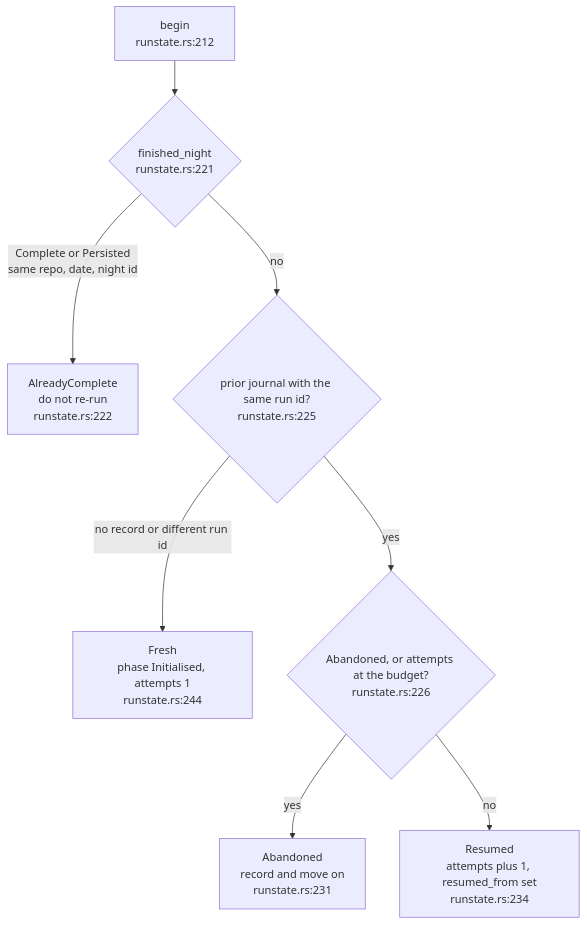
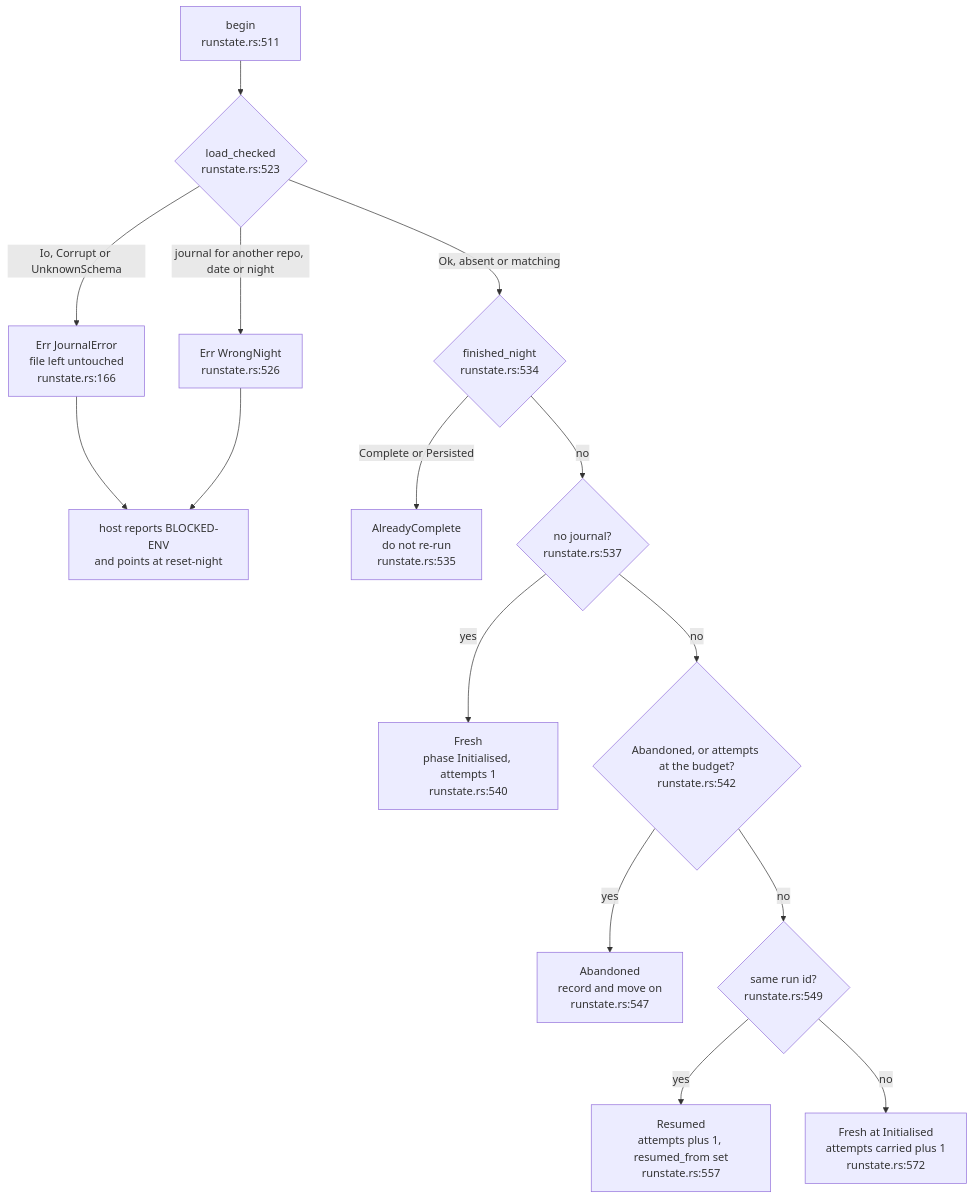
One commit to DreamLab-AI/dream-engine changed the second of 4 diagrams in docs/diagrams/nightly/01-the-nightly-loop-and-run-state.md. Above: the diagram before and after it, drawn with Mermaid. The commit also changed other lines of this file and 12 other files, not shown here.

Commit message:
docs(diagrams): re-verify and re-stamp the corpus at 0f6a669 after the audit hardening

````diff
--- a/docs/diagrams/nightly/01-the-nightly-loop-and-run-state.md
+++ b/docs/diagrams/nightly/01-the-nightly-loop-and-run-state.md
@@ -86,10 +105,17 @@
 ```mermaid
 flowchart TB
-    S["begin<br/>runstate.rs:212"] --> F{"finished_night<br/>runstate.rs:221"}
-    F -->|"Complete or Persisted<br/>same repo, date, night id"| AC["AlreadyComplete<br/>do not re-run<br/>runstate.rs:222"]
-    F -->|no| L{"prior journal with the same run id?<br/>runstate.rs:225"}
-    L -->|no record or different run id| FR["Fresh<br/>phase Initialised, attempts 1<br/>runstate.rs:244"]
-    L -->|yes| B{"Abandoned, or attempts at the budget?<br/>runstate.rs:226"}
-    B -->|yes| AB["Abandoned<br/>record and move on<br/>runstate.rs:231"]
-    B -->|no| RS["Resumed<br/>attempts plus 1, resumed_from set<br/>runstate.rs:234"]
+    S["begin<br/>runstate.rs:511"] --> LC{"load_checked<br/>runstate.rs:523"}
+    LC -->|"Io, Corrupt or UnknownSchema"| JE["Err JournalError<br/>file left untouched<br/>runstate.rs:166"]
+    LC -->|"journal for another repo, date or night"| WN["Err WrongNight<br/>runstate.rs:526"]
+    JE --> BE["host reports BLOCKED-ENV<br/>and points at reset-night"]
+    WN --> BE
+    LC -->|"Ok, absent or matching"| F{"finished_night<br/>runstate.rs:534"}
+    F -->|"Complete or Persisted"| AC["AlreadyComplete<br/>do not re-run<br/>runstate.rs:535"]
+    F -->|no| A{"no journal?<br/>runstate.rs:537"}
+    A -->|yes| FR["Fresh<br/>phase Initialised, attempts 1<br/>runstate.rs:540"]
+    A -->|no| B{"Abandoned, or attempts at the budget?<br/>runstate.rs:542"}
+    B -->|yes| AB["Abandoned<br/>record and move on<br/>runstate.rs:547"]
+    B -->|no| R{"same run id?<br/>runstate.rs:549"}
+    R -->|yes| RS["Resumed<br/>attempts plus 1, resumed_from set<br/>runstate.rs:557"]
+    R -->|no| NF["Fresh at Initialised<br/>attempts carried plus 1<br/>runstate.rs:572"]
 ```
````
